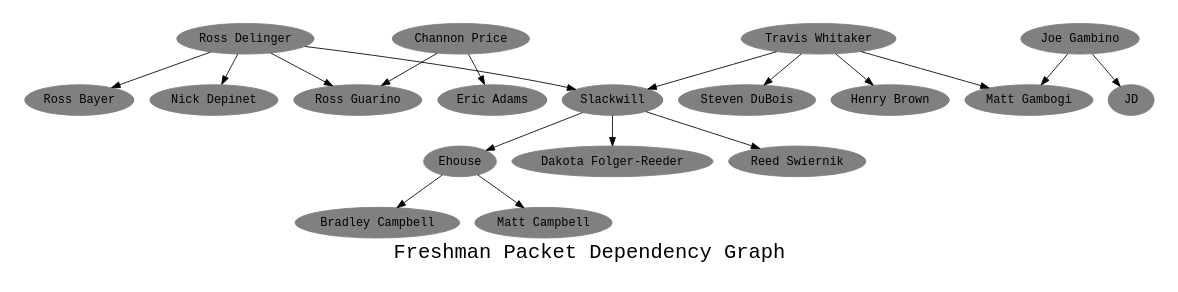
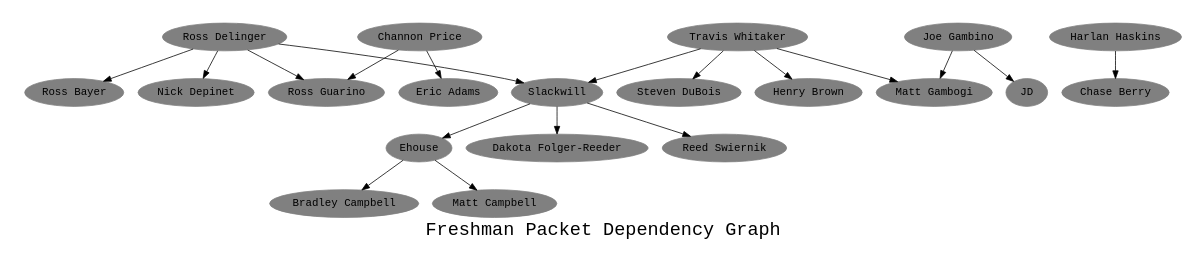
The diagram in dep.gv (robgssp/CSHDigraph), drawn with Graphviz before and after one commit.

Commit message:
Added myself and Harlan. Added the dependcy

```diff
--- a/dep.gv
+++ b/dep.gv
@@ -1,47 +1,50 @@
 digraph "Packet Dependencies" {
 	graph [ fontname = "Monospace",
 		fontsize = 24,
 		label = "Freshman Packet Dependency Graph",
 		size = "6,6" ];
 	node [	shape = oval,
 		color = grey,
 		style = filled,
 		fontname = "Monospace" ];
 
 	"Bradley Campbell";
 	"Channon Price";
 	"Dakota Folger-Reeder";
 	"Ehouse";
 	"Eric Adams";
 	"Henry Brown";
 	"JD";
 	"Joe Gambino";
 	"Matt Campbell";
 	"Matt Gambogi";
 	"Nick Depinet";
 	"Reed Swiernik";
 	"Ross Bayer";
 	"Ross Delinger";
 	"Ross Guarino";
 	"Slackwill";
 	"Steven DuBois"
 	"Travis Whitaker";
+	"Chase Berry";
+	"Harlan Haskins";
 
 	"Channon Price" -> "Eric Adams";
 	"Channon Price" -> "Ross Guarino";
 	"Ehouse" -> "Bradley Campbell";
 	"Ehouse" -> "Matt Campbell";
 	"Joe Gambino" -> "JD";
 	"Joe Gambino" -> "Matt Gambogi";
 	"Ross Delinger" -> "Nick Depinet";
 	"Ross Delinger" -> "Ross Bayer";
 	"Ross Delinger" -> "Ross Guarino";
 	"Ross Delinger" -> "Slackwill";
 	"Slackwill" -> "Dakota Folger-Reeder";
 	"Slackwill" -> "Ehouse";
 	"Slackwill" -> "Reed Swiernik";
 	"Travis Whitaker" -> "Matt Gambogi";
 	"Travis Whitaker" -> "Steven DuBois";
 	"Travis Whitaker" -> "Henry Brown";
 	"Travis Whitaker" -> "Slackwill";
+	"Harlan Haskins" -> "Chase Berry";
 }
```
